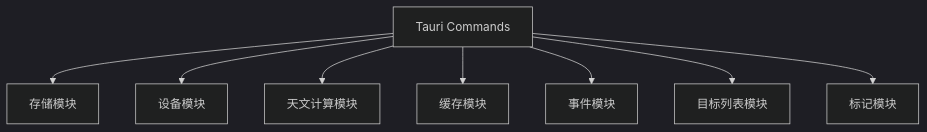
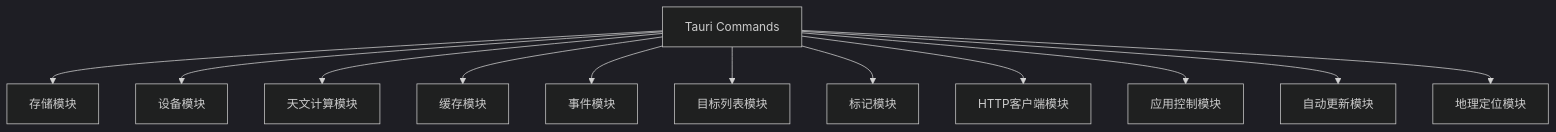
The diagram in docs/developer-guide/apis/backend-apis/tauri-commands.md (AstroAir/skymap-test), drawn with Mermaid (dark theme) before and after one commit. The commit also changed other lines of this file and 135 other files, not shown here.

````diff
--- a/docs/developer-guide/apis/backend-apis/tauri-commands.md
+++ b/docs/developer-guide/apis/backend-apis/tauri-commands.md
@@ -9,10 +9,14 @@
 ```mermaid
 graph TD
     A[Tauri Commands] --> B[存储模块]
     A --> C[设备模块]
     A --> D[天文计算模块]
     A --> E[缓存模块]
     A --> F[事件模块]
     A --> G[目标列表模块]
     A --> H[标记模块]
+    A --> I[HTTP客户端模块]
+    A --> J[应用控制模块]
+    A --> K[自动更新模块]
+    A --> L[地理定位模块]
 ```
````
